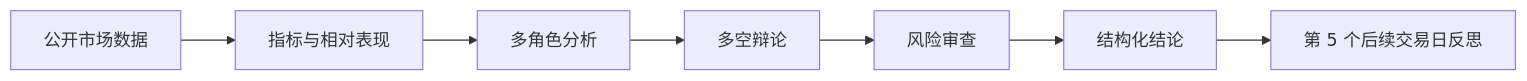
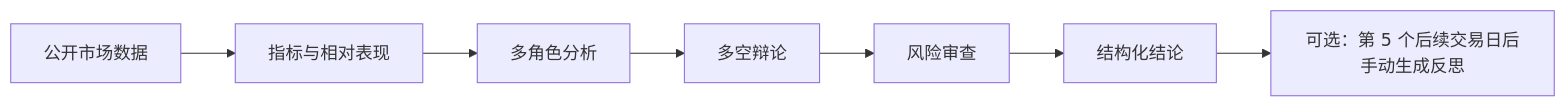
The first of 2 diagrams in README.md (maoqiu77/us-stock-dca-journal), drawn with Mermaid before and after one commit. The commit also changed other lines of this file and 4 other files, not shown here.

````diff
--- a/README.md
+++ b/README.md
@@ -169,9 +163,9 @@
 ```mermaid
 flowchart LR
     A[公开市场数据] --> B[指标与相对表现]
     B --> C[多角色分析]
     C --> D[多空辩论]
     D --> E[风险审查]
     E --> F[结构化结论]
-    F --> G[第 5 个后续交易日反思]
+    F --> G[可选：第 5 个后续交易日后手动生成反思]
 ```
````
